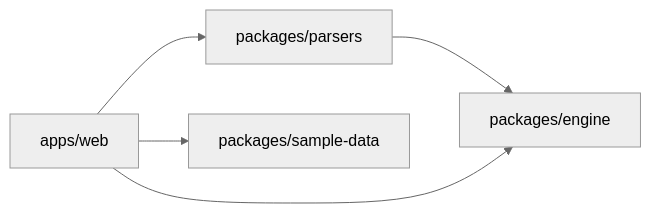
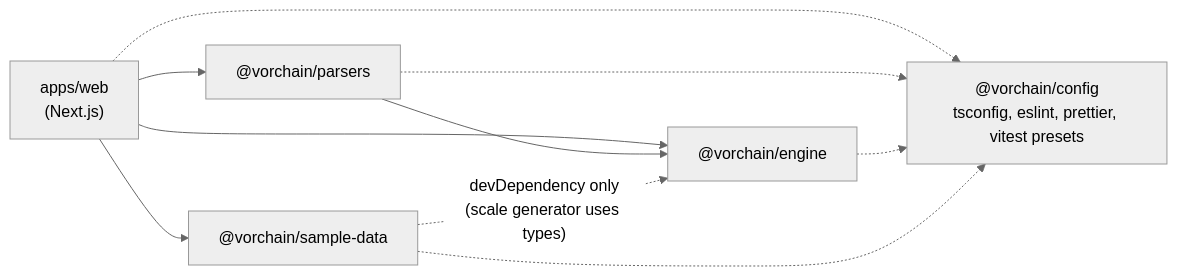
Before and after one commit to Sodabeh-Taherpanah/vorchain_project: the fourth of 10 diagrams in docs/architecture/README.md, drawn with Mermaid (neutral theme). The commit also changed other lines of this file and 16 other files, not shown here.

First line of the commit message:
docs: plan phase 1 with ADRs, architecture and backlog

````diff
--- a/docs/architecture/README.md
+++ b/docs/architecture/README.md
@@ -60,6 +97,13 @@
 ```mermaid
 flowchart LR
-  web["apps/web"] --> parsers["packages/parsers"] --> engine["packages/engine"]
-  web --> engine
-  web --> sample["packages/sample-data"]
+  web["apps/web<br/>(Next.js)"] --> parsers["@vorchain/parsers"]
+  web --> engine["@vorchain/engine"]
+  web --> sample["@vorchain/sample-data"]
+  parsers --> engine
+  sample -. "devDependency only<br/>(scale generator uses types)" .-> engine
+  config["@vorchain/config<br/>tsconfig, eslint, prettier, vitest presets"]
+  web -.-> config
+  parsers -.-> config
+  engine -.-> config
+  sample -.-> config
 ```
````
